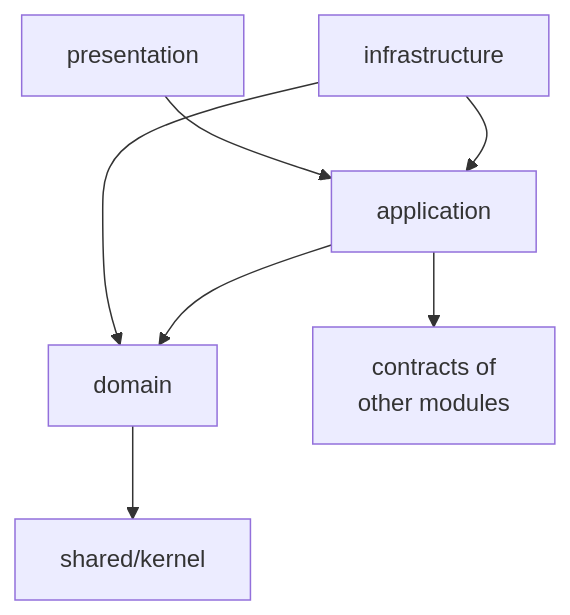
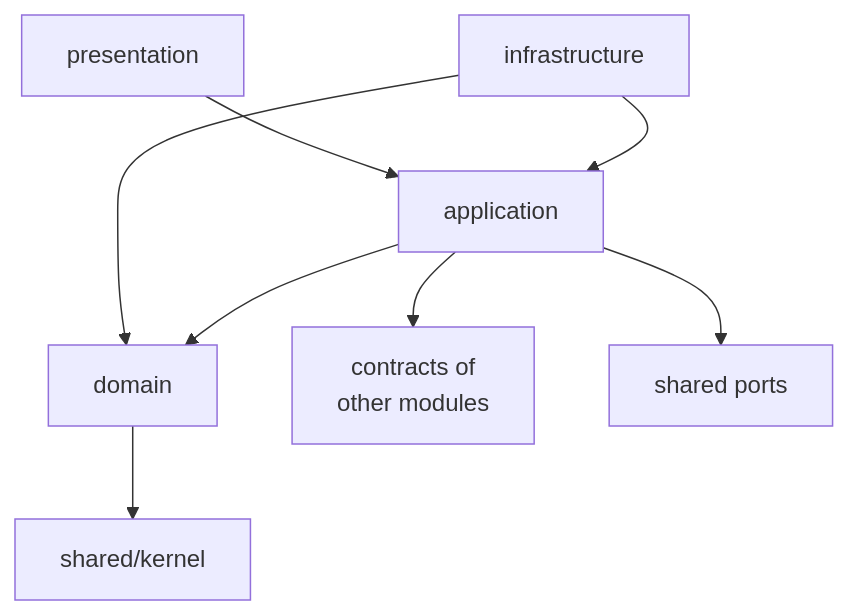
One commit to daitkhev/coverage-autopilot changed the second of 2 diagrams in docs/plan/project-structure.md. Above: the diagram before and after it, drawn with Mermaid. The commit also changed other lines of this file and 1 other file, not shown here.

````diff
--- a/docs/plan/project-structure.md
+++ b/docs/plan/project-structure.md
@@ -162,9 +168,10 @@
 ```mermaid
 flowchart TD
     PRES["presentation"] --> APP["application"]
     INFRA["infrastructure"] --> APP
     INFRA --> DOM["domain"]
     APP --> DOM
     APP --> OTHER["contracts of<br/>other modules"]
+    APP --> PORTS["shared ports"]
     DOM --> KERNEL["shared/kernel"]
 ```
````
